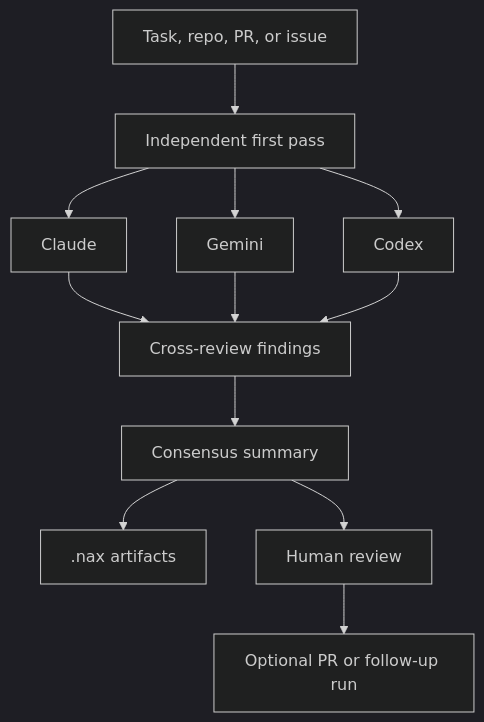
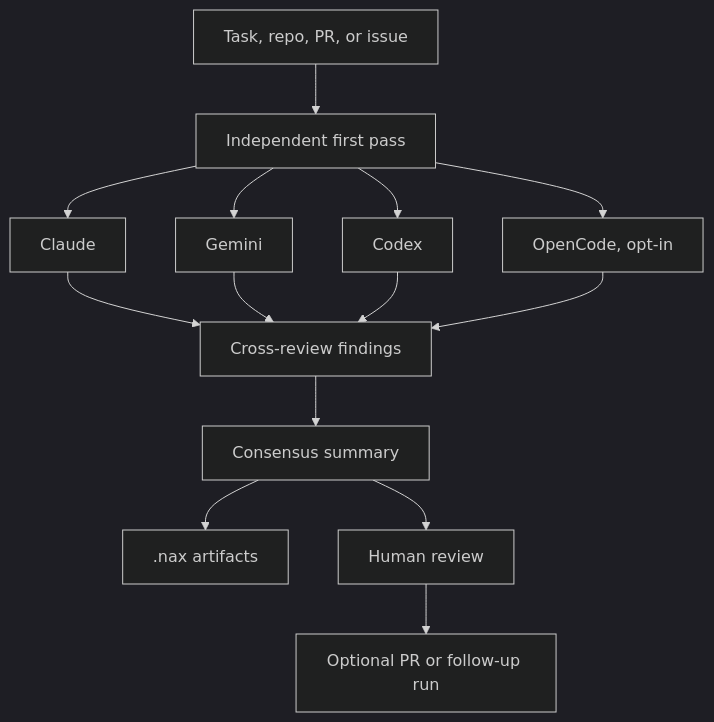
Before and after one commit to netlify-labs/nax: the diagram in site/content/concepts/council-pattern.mdx, drawn with Mermaid (dark theme). The commit also changed other lines of this file and 1 other file, not shown here.

Commit message:
docs(site): document OpenCode models and council membership
- for-agents: add an OpenCode lineup example, note provider-scoped model IDs and
  the Max->xhigh wire mapping, and link the model/effort catalog + context_get.
- council-pattern: add OpenCode as an opt-in fourth council member in the diagram
  and note how to include it.

````diff
--- a/site/content/concepts/council-pattern.mdx
+++ b/site/content/concepts/council-pattern.mdx
@@ -20,25 +20,28 @@
 ```mermaid
 flowchart TD
   input[Task, repo, PR, or issue]
   fanout[Independent first pass]
   claude[Claude]
   gemini[Gemini]
   codex[Codex]
+  opencode[OpenCode, opt-in]
   cross[Cross-review findings]
   consensus[Consensus summary]
   artifacts[.nax artifacts]
   human[Human review]
   followup[Optional PR or follow-up run]
 
   input --> fanout
   fanout --> claude
   fanout --> gemini
   fanout --> codex
+  fanout --> opencode
   claude --> cross
   gemini --> cross
   codex --> cross
+  opencode --> cross
   cross --> consensus
   consensus --> artifacts
   consensus --> human
   human --> followup
 ```
````
